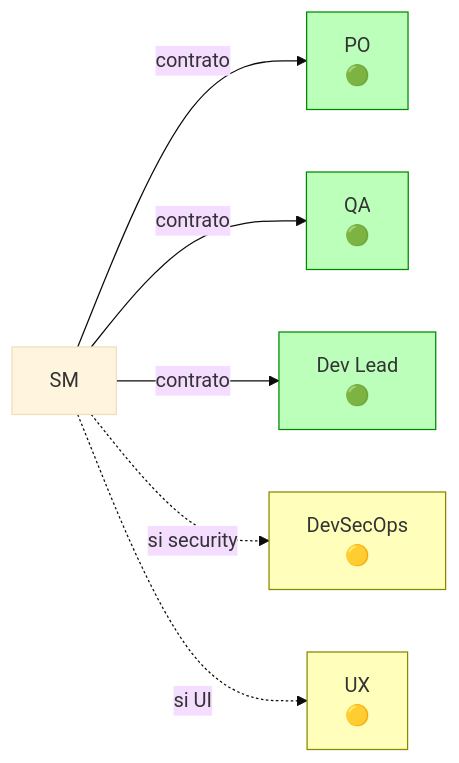
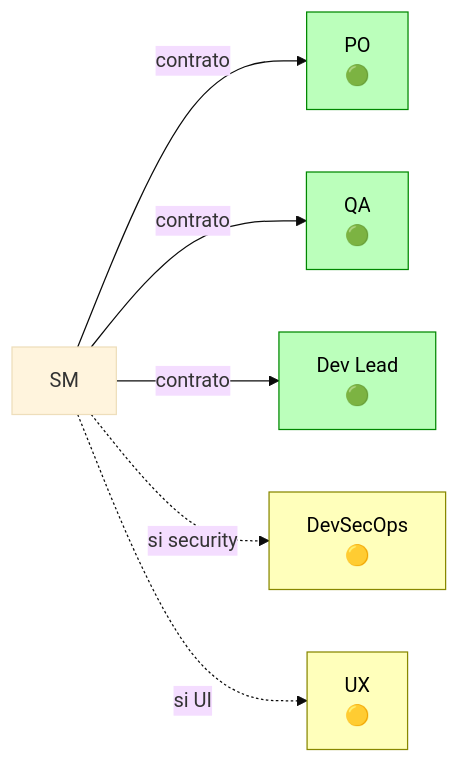
Before and after one commit to virgenherrera/idea-to-mvp: the eighth of 14 diagrams in docs/role-profiles.md, drawn with Mermaid (base theme). The commit also changed other lines of this file and 1 other file, not shown here.

First line of the commit message:
fix: add explicit text color to mermaid diagram nodes

````diff
--- a/docs/role-profiles.md
+++ b/docs/role-profiles.md
@@ -475,14 +475,14 @@
 ```mermaid
 flowchart LR
     SM_F7["SM"] -->|"contrato"| PO_F7["PO\n🟢"]
     SM_F7 -->|"contrato"| QA_F7["QA\n🟢"]
     SM_F7 -->|"contrato"| DEV_F7["Dev Lead\n🟢"]
     SM_F7 -.->|"si security"| SEC_F7["DevSecOps\n🟡"]
     SM_F7 -.->|"si UI"| UX_F7["UX\n🟡"]
 
-    style PO_F7 fill:#bfb,stroke:#080
-    style QA_F7 fill:#bfb,stroke:#080
-    style DEV_F7 fill:#bfb,stroke:#080
-    style SEC_F7 fill:#ffb,stroke:#880
-    style UX_F7 fill:#ffb,stroke:#880
+    style PO_F7 fill:#bfb,stroke:#080,color:#000
+    style QA_F7 fill:#bfb,stroke:#080,color:#000
+    style DEV_F7 fill:#bfb,stroke:#080,color:#000
+    style SEC_F7 fill:#ffb,stroke:#880,color:#000
+    style UX_F7 fill:#ffb,stroke:#880,color:#000
 ```
````
